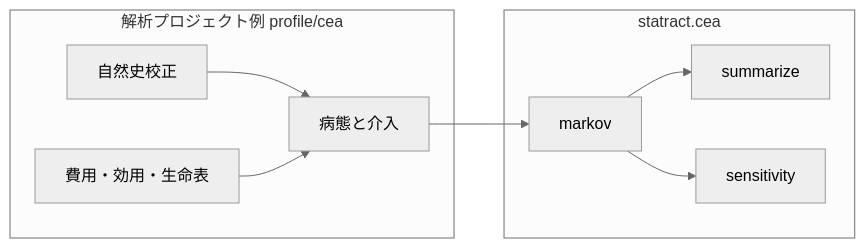
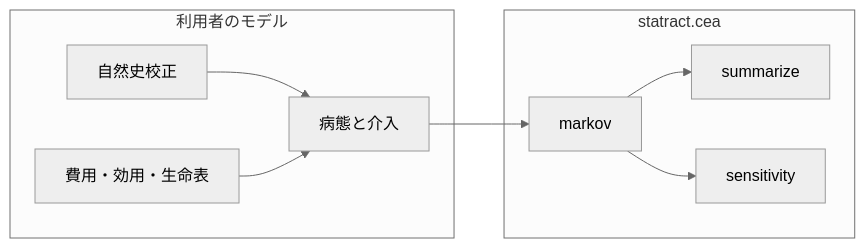
Before and after one commit to mizuy/statract: the diagram in docs/cea/overview.md, drawn with Mermaid (neutral theme). The commit also changed other lines of this file and 8 other files, not shown here.

````diff
--- a/docs/cea/overview.md
+++ b/docs/cea/overview.md
@@ -17,18 +17,18 @@
 ```mermaid
 flowchart LR
-  subgraph project [解析プロジェクト例 profile/cea]
+  subgraph project [利用者のモデル]
     NH[自然史校正]
     Disease[病態と介入]
     Params[費用・効用・生命表]
   end
   subgraph cea [statract.cea]
     Markov[markov]
     Sum[summarize]
     SA[sensitivity]
   end
   NH --> Disease
   Params --> Disease
   Disease --> Markov
   Markov --> Sum
   Markov --> SA
 ```
````
